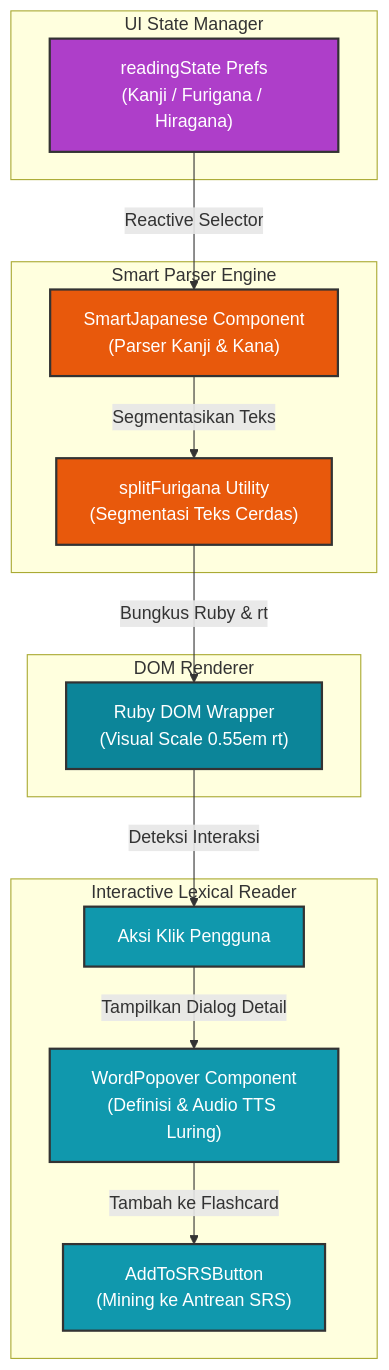
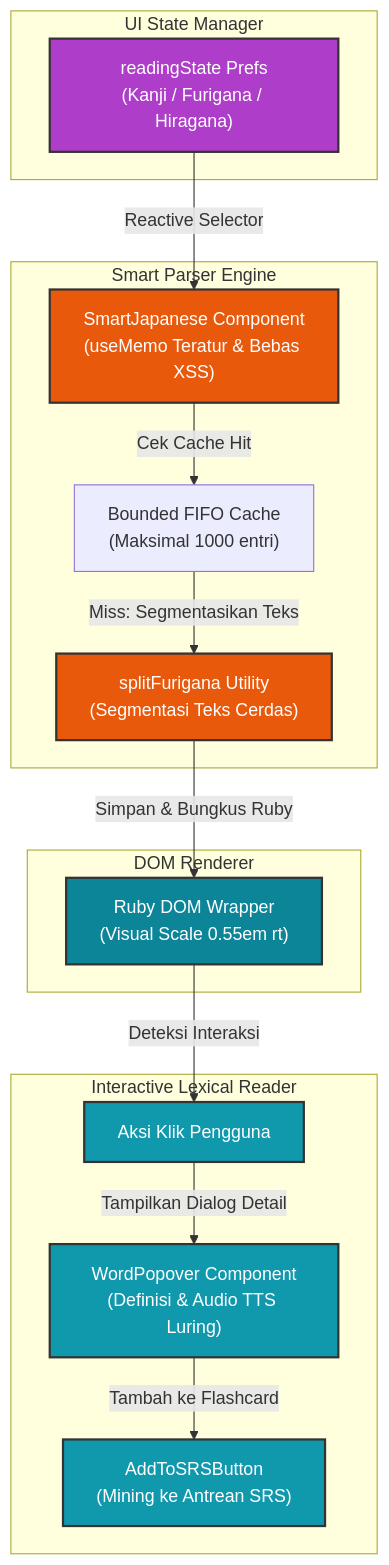
The third of 4 diagrams in architecture_visual.md (zan-118/nihongoroute), drawn with Mermaid before and after one commit. The commit also changed 3 other files, not shown here.

Commit message:
feat: implement bounded FIFO cache for Furigana parsing and optimize SSG performance with cookie-free Supabase static clients

````diff
--- a/architecture_visual.md
+++ b/architecture_visual.md
@@ -101,41 +101,43 @@
 ```mermaid
 graph TD
     %% Nodes
     subgraph Store ["UI State Manager"]
         Prefs["readingState Prefs<br/>(Kanji / Furigana / Hiragana)"]
     end
 
     subgraph Parser ["Smart Parser Engine"]
-        SmartJapanese["SmartJapanese Component<br/>(Parser Kanji & Kana)"]
+        SmartJapanese["SmartJapanese Component<br/>(useMemo Teratur & Bebas XSS)"]
+        FuriCache["Bounded FIFO Cache<br/>(Maksimal 1000 entri)"]
         SplitFurigana["splitFurigana Utility<br/>(Segmentasi Teks Cerdas)"]
     end
 
     subgraph Visual ["DOM Renderer"]
         Ruby["Ruby DOM Wrapper<br/>(Visual Scale 0.55em rt)"]
     end
 
     subgraph Interact ["Interactive Lexical Reader"]
         Click["Aksi Klik Pengguna"]
         Popover["WordPopover Component<br/>(Definisi & Audio TTS Luring)"]
         SRSButton["AddToSRSButton<br/>(Mining ke Antrean SRS)"]
     end
 
     %% Relations
     Prefs -->|Reactive Selector| SmartJapanese
-    SmartJapanese -->|Segmentasikan Teks| SplitFurigana
-    SplitFurigana -->|Bungkus Ruby & rt| Ruby
+    SmartJapanese -->|Cek Cache Hit| FuriCache
+    FuriCache -->|Miss: Segmentasikan Teks| SplitFurigana
+    SplitFurigana -->|Simpan & Bungkus Ruby| Ruby
     Ruby -->|Deteksi Interaksi| Click
     Click -->|Tampilkan Dialog Detail| Popover
     Popover -->|Tambah ke Flashcard| SRSButton
 
     %% Styling
     classDef store fill:#ae3ec9,stroke:#333,stroke-width:2px,color:#fff;
     classDef parser fill:#e8590c,stroke:#333,stroke-width:2px,color:#fff;
     classDef visual fill:#0c8599,stroke:#333,stroke-width:2px,color:#fff;
     classDef interact fill:#1098ad,stroke:#333,stroke-width:2px,color:#fff;
 
     class Prefs store;
     class SmartJapanese,SplitFurigana parser;
     class Ruby visual;
     class Click,Popover,SRSButton interact;
 ```
````
